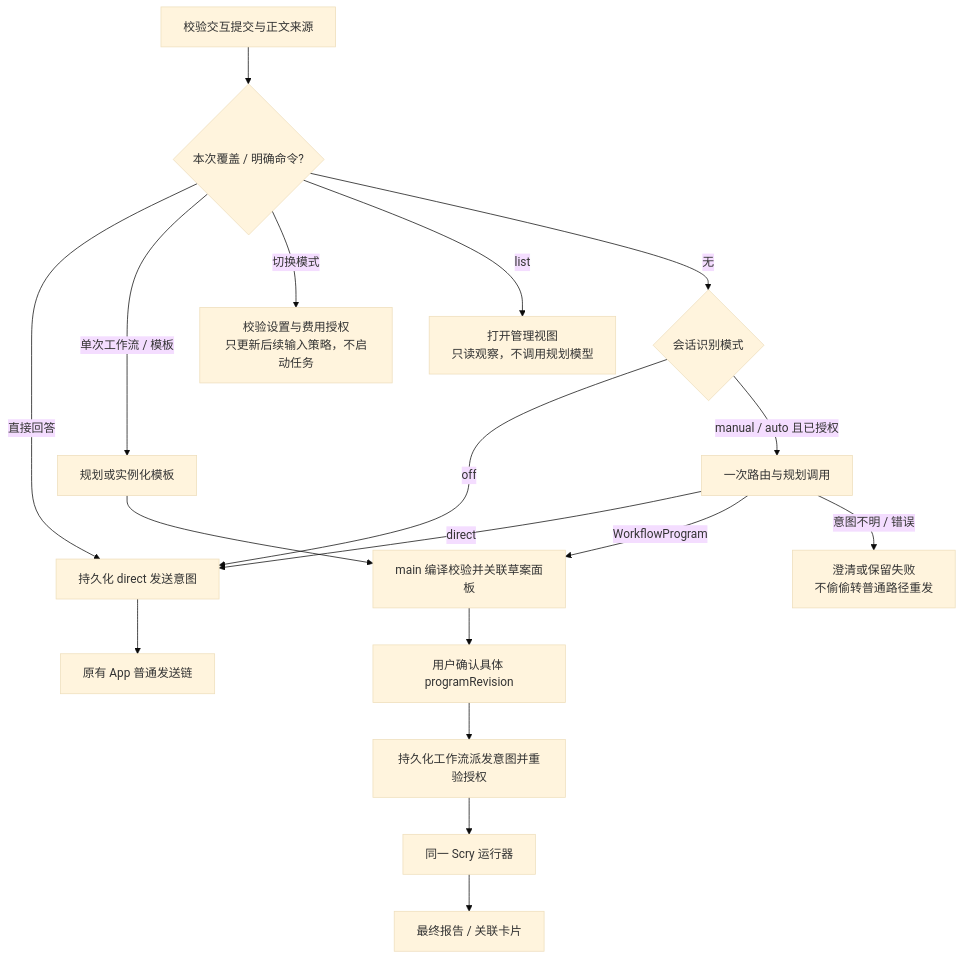
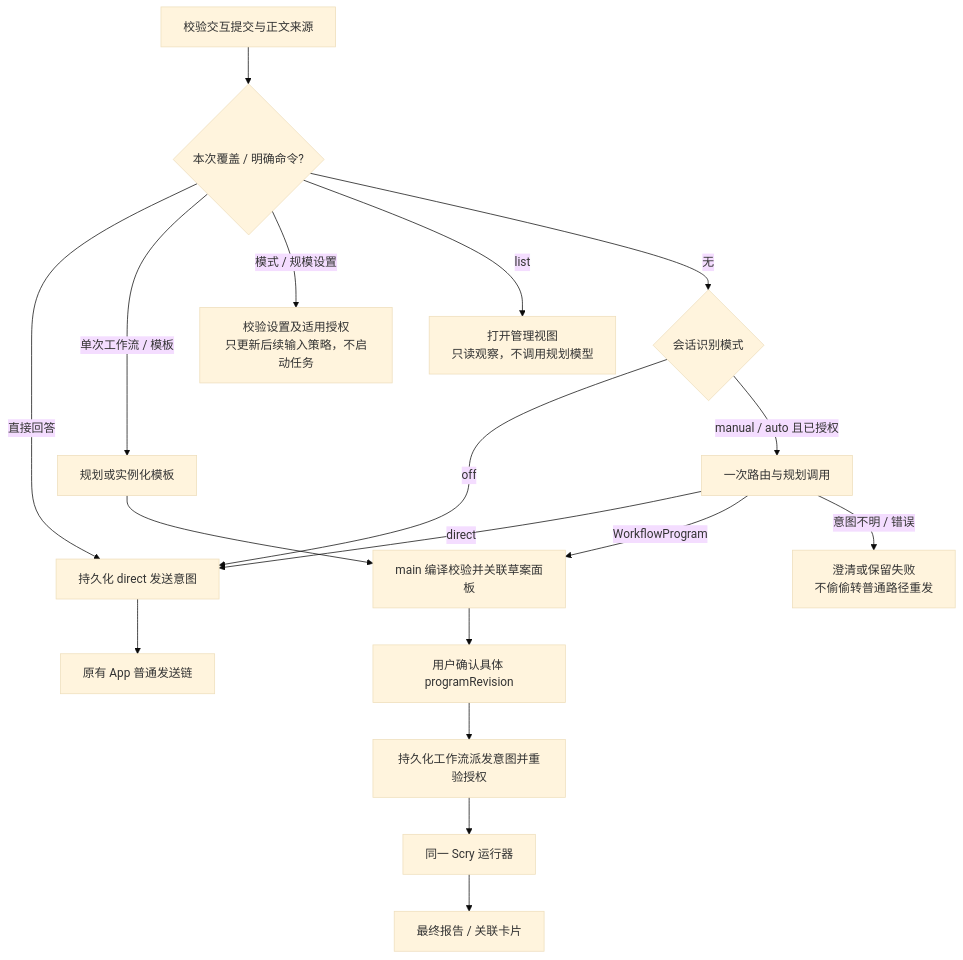
Before and after one commit to bingjiang0611/scry: the diagram in designs/scry-workflows/chat-entry-semantics.md, drawn with Mermaid (base theme). The commit also changed other lines of this file and 3 other files, not shown here.

````diff
--- a/designs/scry-workflows/chat-entry-semantics.md
+++ b/designs/scry-workflows/chat-entry-semantics.md
@@ -68,20 +99,20 @@
 ```mermaid
 flowchart TD
   A[校验交互提交与正文来源] --> B{本次覆盖 / 明确命令?}
   B -->|直接回答| D[持久化 direct 发送意图]
   B -->|单次工作流 / 模板| P[规划或实例化模板]
-  B -->|切换模式| U[校验设置与费用授权<br/>只更新后续输入策略，不启动任务]
+  B -->|模式 / 规模设置| U[校验设置及适用授权<br/>只更新后续输入策略，不启动任务]
   B -->|list| L[打开管理视图<br/>只读观察，不调用规划模型]
   B -->|无| M{会话识别模式}
   M -->|off| D
   M -->|manual / auto 且已授权| R[一次路由与规划调用]
   R -->|direct| D
   R -->|WorkflowProgram| V[main 编译校验并关联草案面板]
   R -->|意图不明 / 错误| Q[澄清或保留失败<br/>不偷偷转普通路径重发]
   P --> V
   V --> C[用户确认具体 programRevision]
   C --> E[持久化工作流派发意图并重验授权]
   E --> W[同一 Scry 运行器]
   D --> N[原有 App 普通发送链]
   W --> F[最终报告 / 关联卡片]
 ```
````
